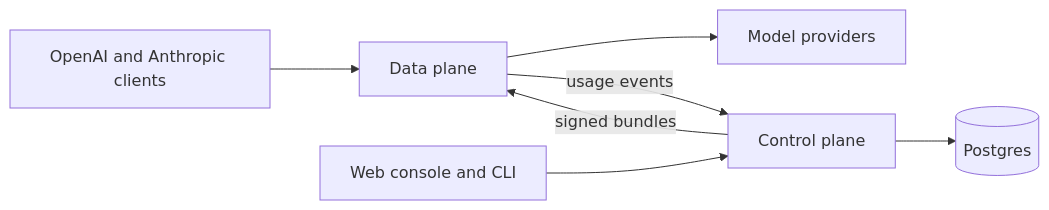
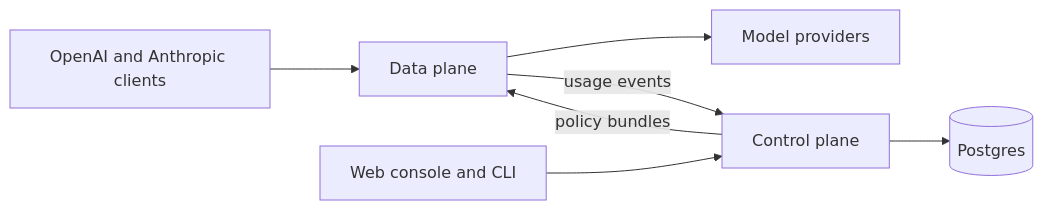
Before and after one commit to michel-tricot/airmux: the diagram in README.md, drawn with Mermaid. The commit also changed other lines of this file and 84 other files, not shown here.

```diff
--- a/README.md
+++ b/README.md
@@ -166,9 +195,9 @@
 ~~~mermaid
 flowchart LR
     Clients["OpenAI and Anthropic clients"] --> DP["Data plane"]
     DP --> Providers["Model providers"]
     Console["Web console and CLI"] --> CP["Control plane"]
-    CP -- "signed bundles" --> DP
+    CP -- "policy bundles" --> DP
     DP -- "usage events" --> CP
     CP --> DB[("Postgres")]
 ~~~
```
